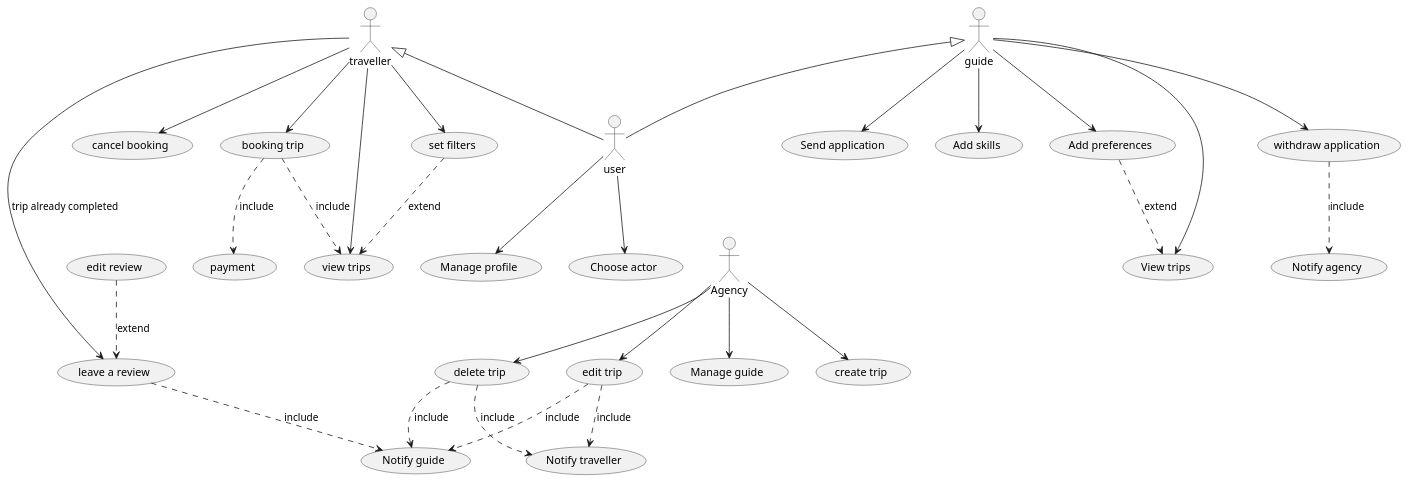
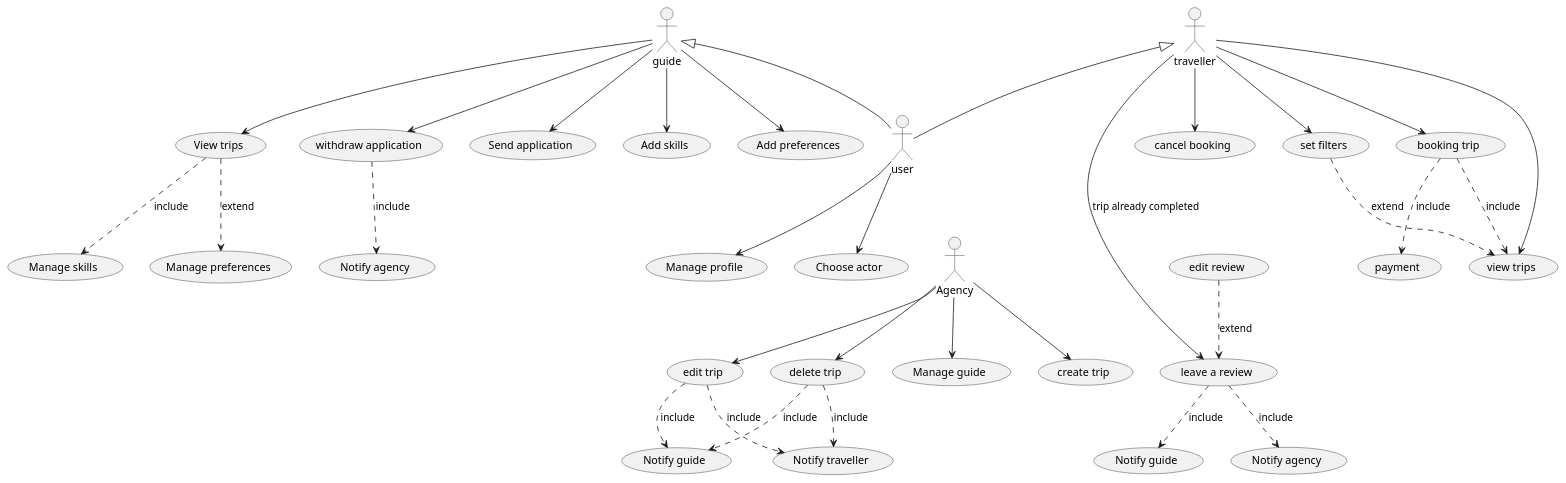
Before and after one commit to MatteoPostiferi999/TravelManagementSystemSE: the diagram in Use Case Diagram.puml, drawn with PlantUML.

Commit message:
Update use case diagram again

```diff
--- a/Use Case Diagram.puml
+++ b/Use Case Diagram.puml
@@ -1,50 +1,54 @@
 @startuml
 'https://plantuml.com/use-case-diagram
 
 :traveller: as tr
 :user:
 :guide: as gu
 :Agency: as ag
 gu -[hidden]-> ag
 tr -[hidden]-> ag
 :user: -[hidden]-> ag
 tr <|-- :user:
 gu <|-- :user:
 
 :user: --> (Manage profile)
 :user: --> (Choose actor)
 
 tr --> (cancel booking)
+tr --> (view trips)
 tr --> (booking trip)
-tr --> (view trips)
 tr --> (set filters)
 tr --> (leave a review) : trip already completed
 
 (set filters) ..> (view trips) : extend
 (booking trip) ..> (view trips) : include
 (booking trip) ..> (payment) : include
 
 (edit review) ..> (leave a review) : extend
 (cancel booking) -[hidden]-> (edit review)
-(leave a review) ..> (Notify guide) : include
+(Notify guide) as ngt
+(Notify agency) as nat
+(leave a review) ..> ngt : include
+(leave a review) ..> nat : include
 
 gu --> (Send application)
 gu --> (Add skills)
 gu --> (Add preferences)
 gu --> (View trips)
 gu --> (withdraw application)
 
-(Add preferences) ..> (View trips) : extend
+(View trips) ..> (Manage preferences) : extend
+(View trips) ..> (Manage skills) : include
 (withdraw application) ..> (Notify agency) : include
 
 ag --> (Manage guide)
 ag --> (create trip)
 ag --> (delete trip)
 ag --> (edit trip)
 
 (delete trip) ..> (Notify guide) : include
 (edit trip) ..> (Notify guide) : include
 (delete trip) ..> (Notify traveller) : include
 (edit trip) ..> (Notify traveller): include
 
 @enduml
```
